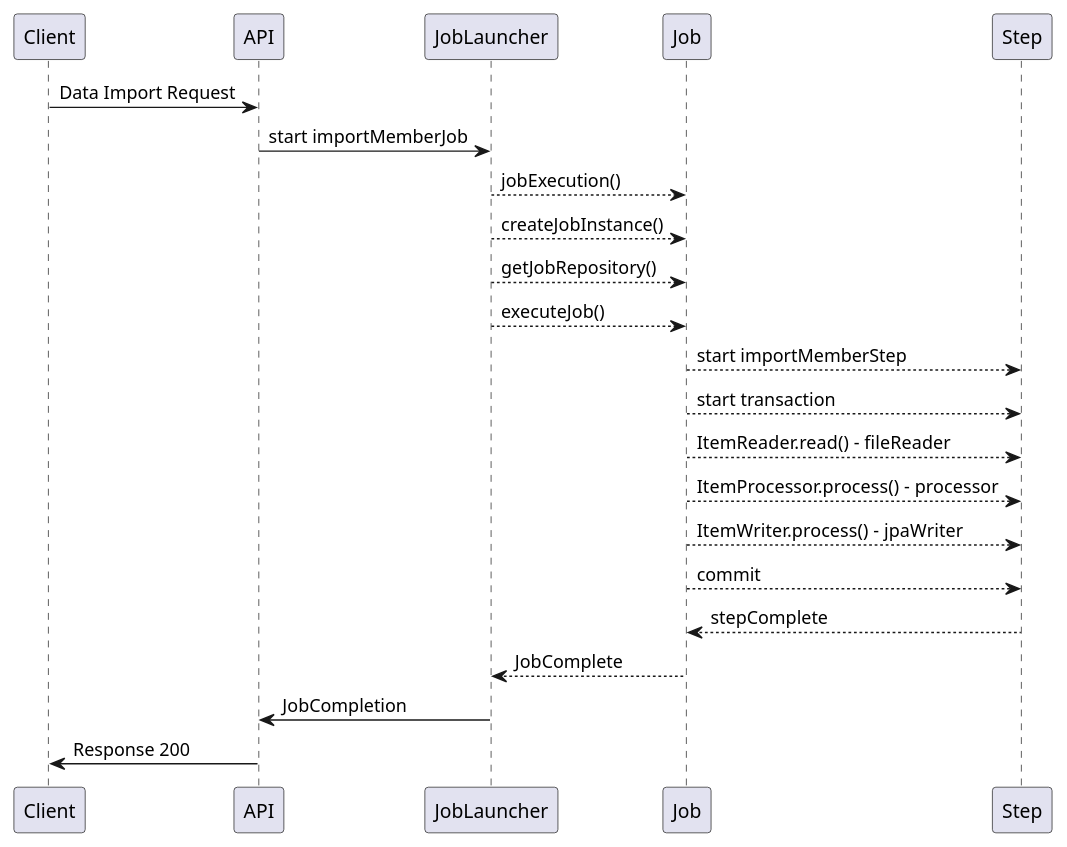
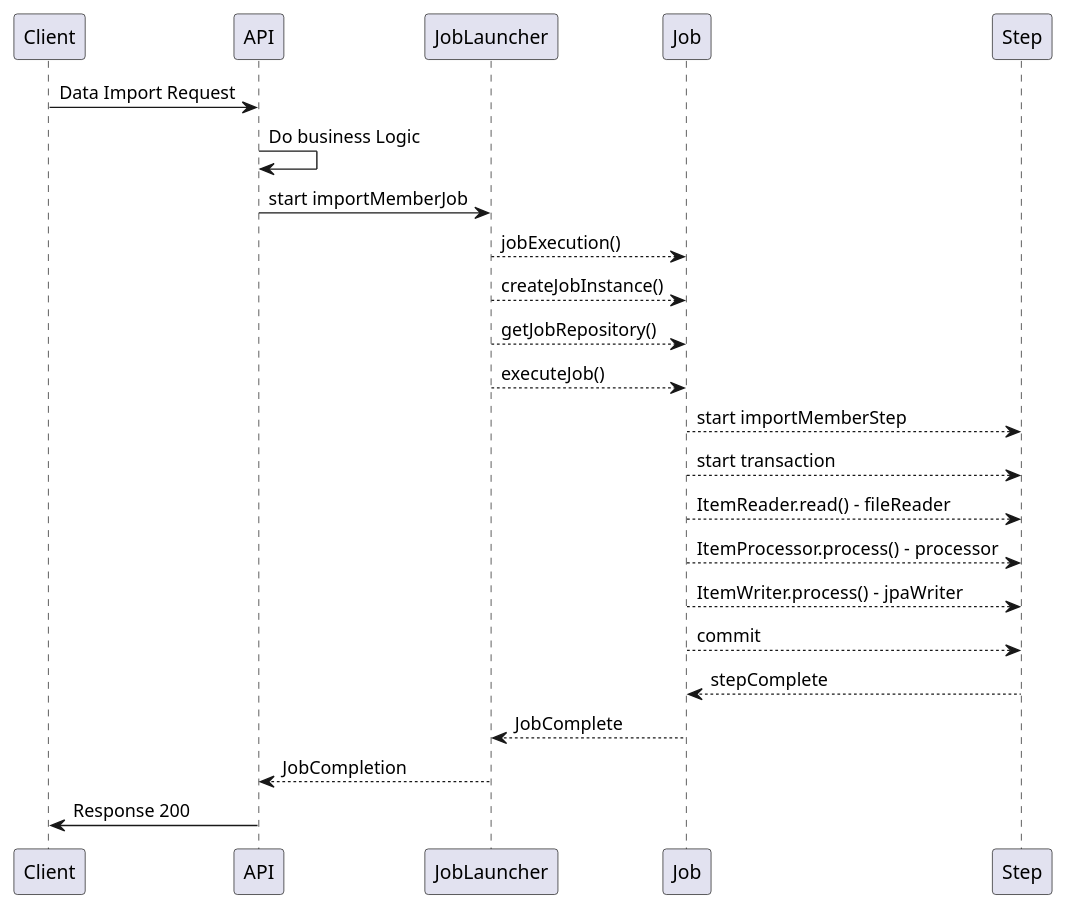
One commit to nalpari/interp.ia.api changed the diagram in sequenceDiagram/importMemberJob.puml. Above: the diagram before and after it, drawn with PlantUML. The commit also changed 1 other file, not shown here.

Commit message:
docs: job Sequence diagram 수정

```diff
--- a/sequenceDiagram/importMemberJob.puml
+++ b/sequenceDiagram/importMemberJob.puml
@@ -1,36 +1,38 @@
 @startuml
 Client -> API: Data Import Request
 
+API -> API : Do business Logic
+'파일 경로, 파일 저장 타입 등 job parameter 지정
 API -> JobLauncher: start importMemberJob
 'JobLauncher 에 배치 작업 시작 지시
 
 JobLauncher --> Job: jobExecution()
 JobLauncher --> Job: createJobInstance()
 JobLauncher --> Job: getJobRepository()
 '작업 상태 관리 -> 배치 처음 실행시키면 생성되는 테이블들로 관리된다.
 '각 작업의 status, 생성된 instance 들의 정보를 가지고 있다.
 JobLauncher --> Job: executeJob()
 
 Job --> Step : start importMemberStep
 Job --> Step : start transaction
 Job --> Step : ItemReader.read() - fileReader
 '입력된 csv, 엑셀 데이터 읽고 MemberForFileRequest 타입으로 반환
 Job --> Step : ItemProcessor.process() - processor
 'MemberForFileRequest -> Member'로 형변환
 Job --> Step : ItemWriter.process() - jpaWriter
 'Member 타입으로 변환된 데이터를 Jpa를 통해 DB에 저장함
 Job --> Step : commit
 'step이 실행될 동안 반환된 에러가 없다면 데이터 커밋
 
 Step --> Job : stepComplete
 
 Job --> JobLauncher : JobComplete
 'importMemberJob 의 모든 step 이 완료되었음
 
-JobLauncher -> API : JobCompletion
+JobLauncher --> API : JobCompletion
 '작업이 완료된 이후 리스너로 처리가 가능하지만 service 단에서 관리하도록 구현
 
 API -> Client : Response 200
 
 
 @enduml
```
